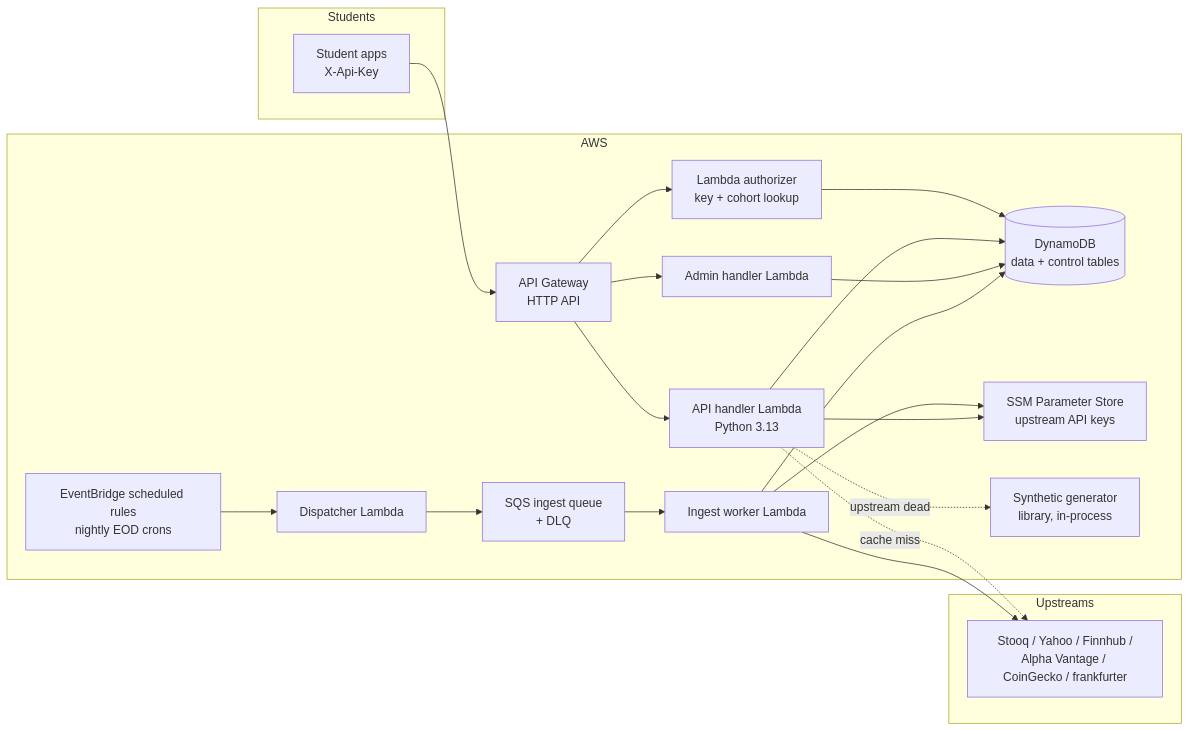
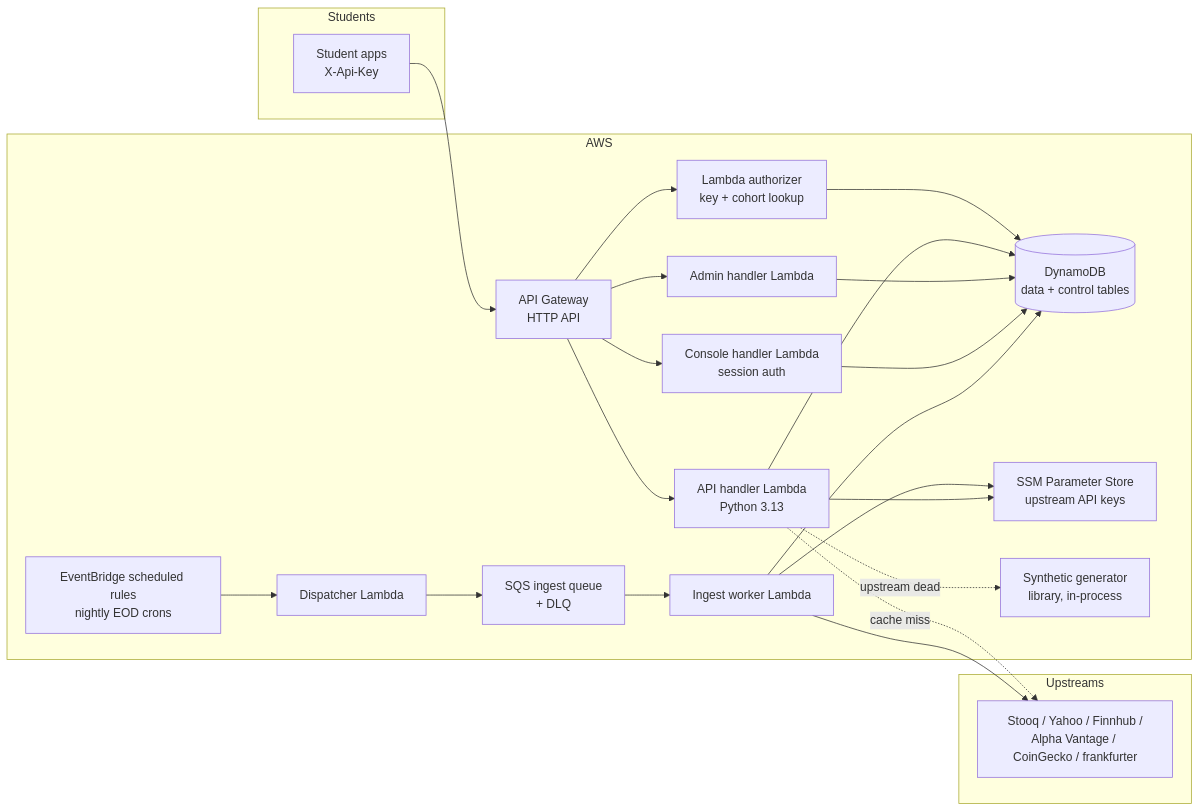
Before and after one commit to canaokar/fauxnance-api: the diagram in docs/01-architecture.md, drawn with Mermaid. The commit also changed other lines of this file and 6 other files, not shown here.

````diff
--- a/docs/01-architecture.md
+++ b/docs/01-architecture.md
@@ -5,32 +5,34 @@
 ```mermaid
 flowchart LR
     subgraph Students
         S[Student apps<br/>X-Api-Key]
     end
     subgraph AWS
         GW[API Gateway<br/>HTTP API]
         AUTH[Lambda authorizer<br/>key + cohort lookup]
         API[API handler Lambda<br/>Python 3.13]
         ADMIN[Admin handler Lambda]
+        CONSOLE[Console handler Lambda<br/>session auth]
         DDB[(DynamoDB<br/>data + control tables)]
         SCHED[EventBridge scheduled rules<br/>nightly EOD crons]
         DISP[Dispatcher Lambda]
         Q[SQS ingest queue<br/>+ DLQ]
         ING[Ingest worker Lambda]
         SSM[SSM Parameter Store<br/>upstream API keys]
         SYN[Synthetic generator<br/>library, in-process]
     end
     subgraph Upstreams
         U[Stooq / Yahoo / Finnhub /<br/>Alpha Vantage / CoinGecko / frankfurter]
     end
 
     S --> GW --> AUTH --> DDB
     GW --> API --> DDB
     GW --> ADMIN --> DDB
+    GW --> CONSOLE --> DDB
     API -. cache miss .-> U
     API -. upstream dead .-> SYN
     SCHED --> DISP --> Q --> ING --> U
     ING --> DDB
     ING --> SSM
     API --> SSM
 ```
````
